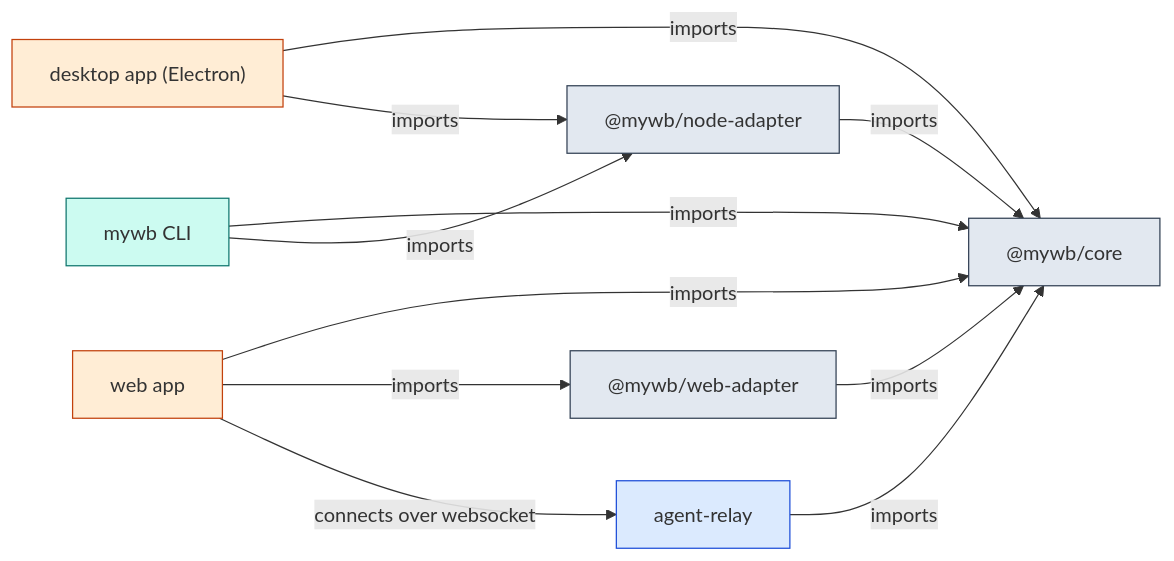
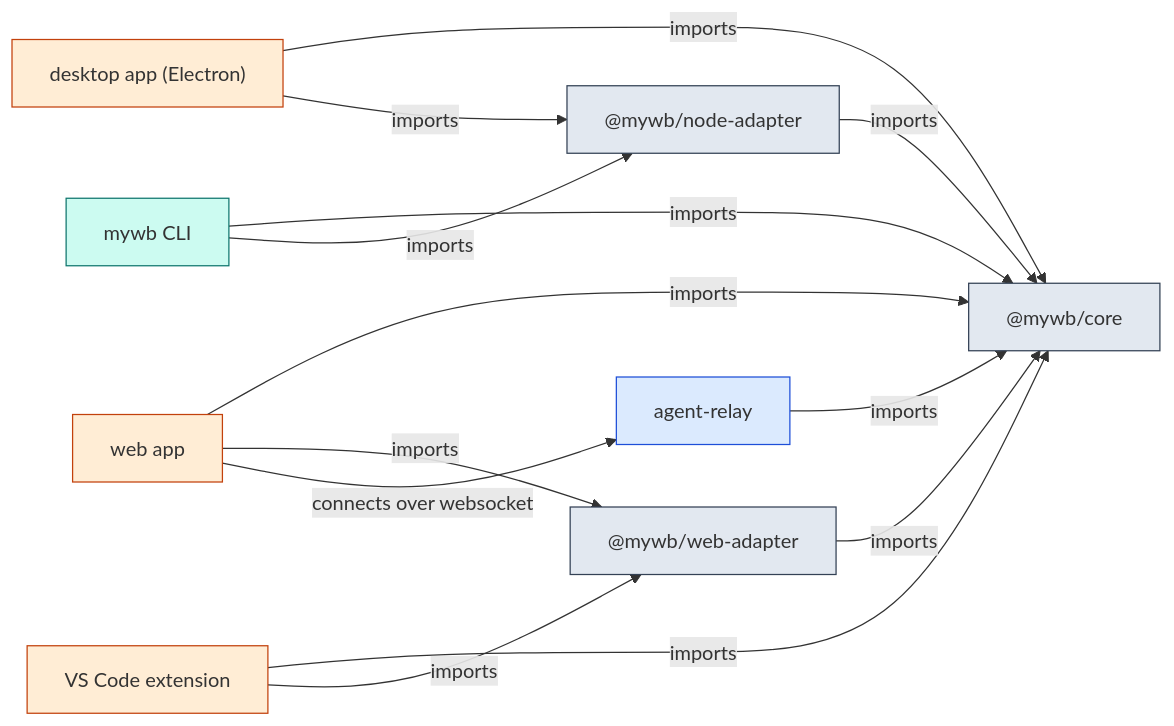
One commit to phuc-nt/my-whiteboard changed the diagram in README.md. Above: the diagram before and after it, drawn with Mermaid. The commit also changed 3 other files, not shown here.

First line of the commit message:
docs: add the VS Code extension to the architecture board

````diff
--- a/README.md
+++ b/README.md
@@ -100,26 +100,29 @@
 ```mermaid
 flowchart LR
   n_mywb_core["@mywb/core"]:::lib
   n_mywb_node_adapter["@mywb/node-adapter"]:::lib
   n_mywb_web_adapter["@mywb/web-adapter"]:::lib
   n_desktop_app__Electron["desktop app (Electron)"]:::app
   n_mywb_CLI["mywb CLI"]:::tool
   n_web_app["web app"]:::app
   n_agent_relay["agent-relay"]:::api
+  n_VS_Code_extension["VS Code extension"]:::app
   n_mywb_node_adapter -->|"imports"| n_mywb_core
   n_mywb_web_adapter -->|"imports"| n_mywb_core
   n_desktop_app__Electron -->|"imports"| n_mywb_core
   n_desktop_app__Electron -->|"imports"| n_mywb_node_adapter
   n_mywb_CLI -->|"imports"| n_mywb_core
   n_mywb_CLI -->|"imports"| n_mywb_node_adapter
   n_web_app -->|"imports"| n_mywb_core
   n_web_app -->|"imports"| n_mywb_web_adapter
   n_web_app -->|"connects over websocket"| n_agent_relay
   n_agent_relay -->|"imports"| n_mywb_core
+  n_VS_Code_extension -->|"imports"| n_mywb_core
+  n_VS_Code_extension -->|"imports"| n_mywb_web_adapter
   %% code-ref: packages/core/src/shapes/service-node/service-node-shape-util.tsx:8-8
   %% code-ref: apps/cli/src/cli-main.ts:15-38
   classDef api fill:#dbeafe,stroke:#1d4ed8
   classDef lib fill:#e2e8f0,stroke:#334155
   classDef app fill:#ffedd5,stroke:#c2410c
   classDef tool fill:#ccfbf1,stroke:#0f766e
 ```
````
